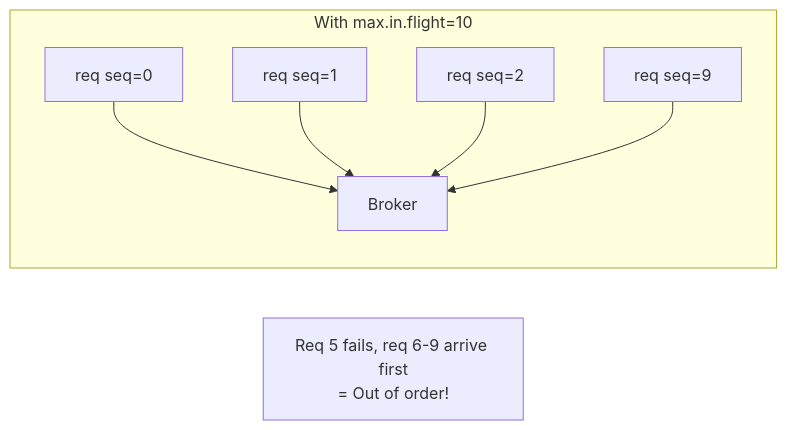
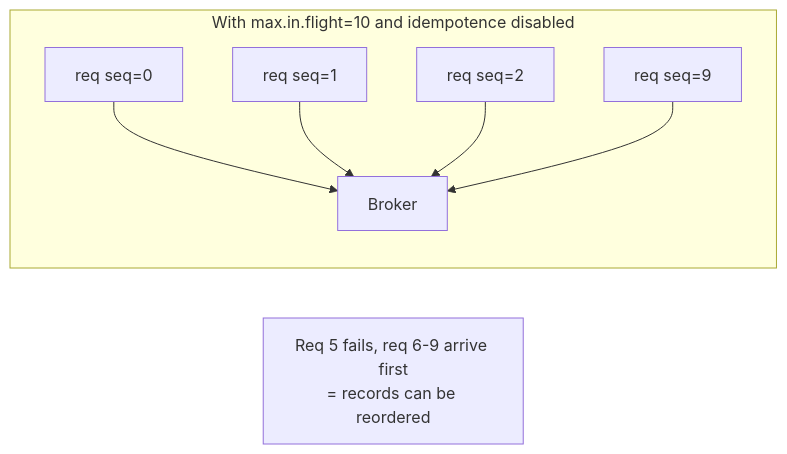
Before and after one commit to OneUptime/blog: the third of 4 diagrams in posts/2026-01-24-fix-outofordersequenceexception-kafka/README.md, drawn with Mermaid. The commit also changed other lines of this file and 4262 other files, not shown here.

````diff
--- a/posts/2026-01-24-fix-outofordersequenceexception-kafka/README.md
+++ b/posts/2026-01-24-fix-outofordersequenceexception-kafka/README.md
@@ -174,13 +176,13 @@
 ```mermaid
 flowchart LR
-    subgraph InFlight["With max.in.flight=10"]
+    subgraph InFlight["With max.in.flight=10 and idempotence disabled"]
         R1[req seq=0] --> B
         R2[req seq=1] --> B
         R3[req seq=2] --> B
         R10[req seq=9] --> B
     end
 
     B[Broker]
 
-    Note["Req 5 fails, req 6-9 arrive first<br/>= Out of order!"]
+    Note["Req 5 fails, req 6-9 arrive first<br/>= records can be reordered"]
 ```
````
